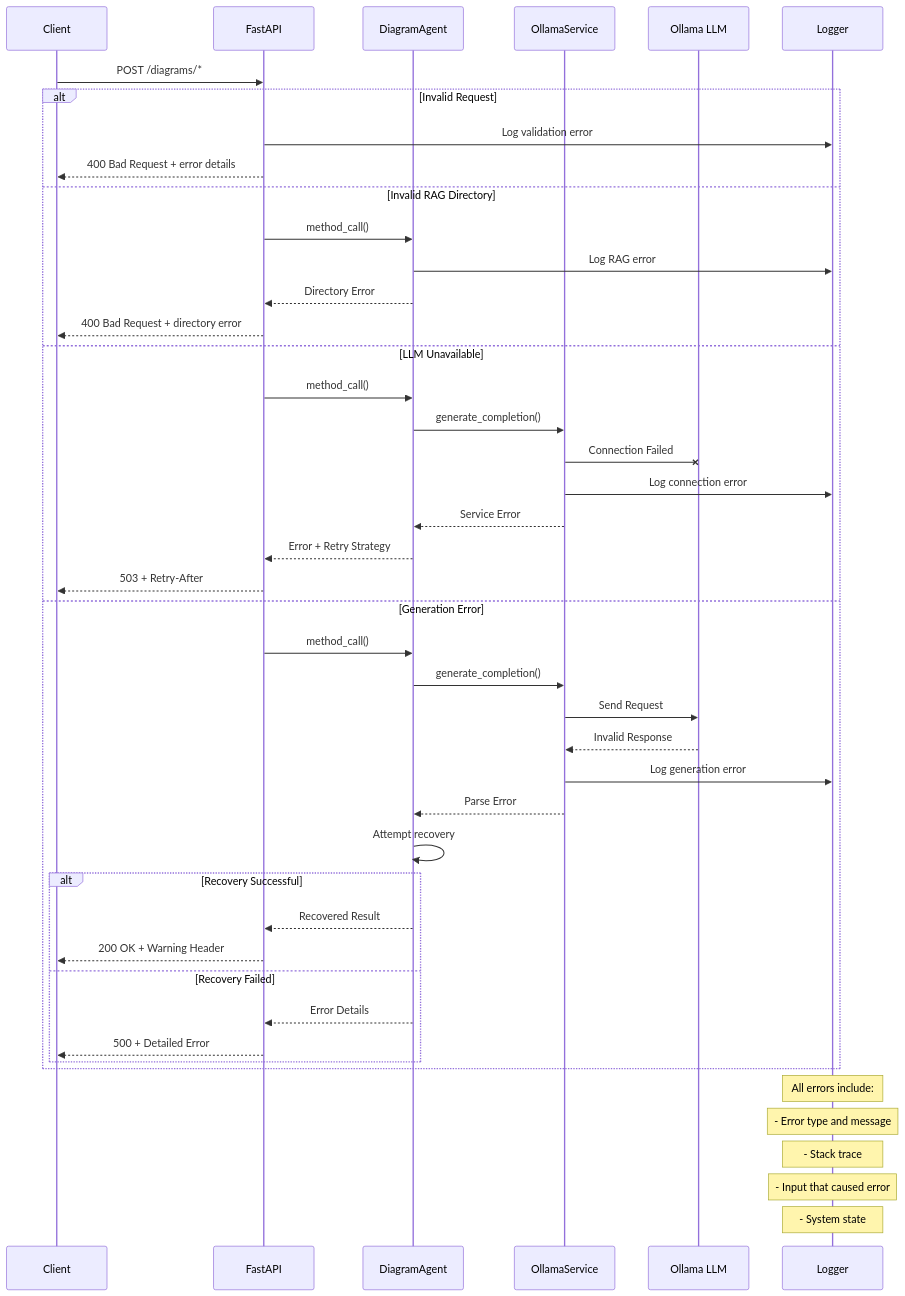
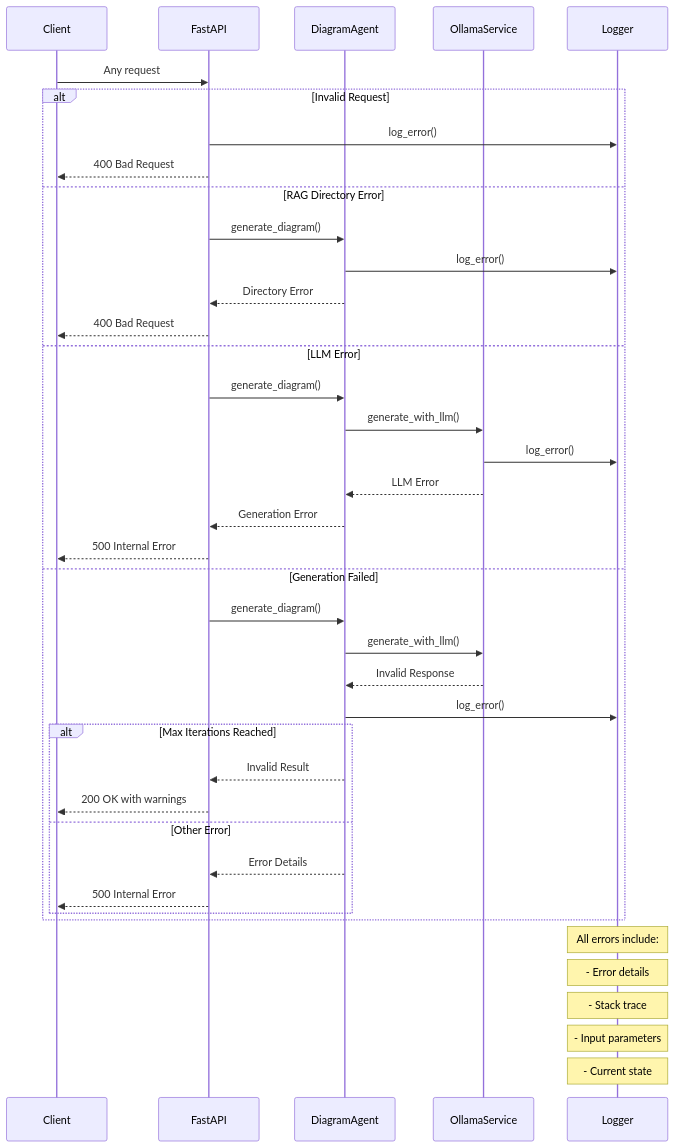
One commit to minimalefforttech/diagram_generator changed the fourth of 4 diagrams in docs/diagrams/sequence-flow.md. Above: the diagram before and after it, drawn with Mermaid. The commit also changed other lines of this file and 14 other files, not shown here.

````diff
--- a/docs/diagrams/sequence-flow.md
+++ b/docs/diagrams/sequence-flow.md
@@ -143,50 +138,49 @@
 ```mermaid
 sequenceDiagram
     participant Client
     participant API as FastAPI
-    participant DA as DiagramAgent
+    participant Agent as DiagramAgent
     participant OS as OllamaService
-    participant LLM as Ollama LLM
     participant Logger
 
-    Client->>API: POST /diagrams/*
+    Client->>API: Any request
     
     alt Invalid Request
-        API->>Logger: Log validation error
-        API-->>Client: 400 Bad Request + error details
-    else Invalid RAG Directory
-        API->>DA: method_call()
-        DA->>Logger: Log RAG error
-        DA-->>API: Directory Error
-        API-->>Client: 400 Bad Request + directory error
-    else LLM Unavailable
-        API->>DA: method_call()
-        DA->>OS: generate_completion()
-        OS-xLLM: Connection Failed
-        OS->>Logger: Log connection error
-        OS-->>DA: Service Error
-        DA-->>API: Error + Retry Strategy
-        API-->>Client: 503 + Retry-After
-    else Generation Error
-        API->>DA: method_call()
-        DA->>OS: generate_completion()
-        OS->>LLM: Send Request
-        LLM-->>OS: Invalid Response
-        OS->>Logger: Log generation error
-        OS-->>DA: Parse Error
-        DA->>DA: Attempt recovery
-        alt Recovery Successful
-            DA-->>API: Recovered Result
-            API-->>Client: 200 OK + Warning Header
-        else Recovery Failed
-            DA-->>API: Error Details
-            API-->>Client: 500 + Detailed Error
+        API->>Logger: log_error()
+        API-->>Client: 400 Bad Request
+        
+    else RAG Directory Error
+        API->>Agent: generate_diagram()
+        Agent->>Logger: log_error()
+        Agent-->>API: Directory Error
+        API-->>Client: 400 Bad Request
+        
+    else LLM Error
+        API->>Agent: generate_diagram()
+        Agent->>OS: generate_with_llm()
+        OS->>Logger: log_error()
+        OS-->>Agent: LLM Error
+        Agent-->>API: Generation Error
+        API-->>Client: 500 Internal Error
+        
+    else Generation Failed
+        API->>Agent: generate_diagram()
+        Agent->>OS: generate_with_llm()
+        OS-->>Agent: Invalid Response
+        Agent->>Logger: log_error()
+        
+        alt Max Iterations Reached
+            Agent-->>API: Invalid Result
+            API-->>Client: 200 OK with warnings
+        else Other Error
+            Agent-->>API: Error Details
+            API-->>Client: 500 Internal Error
         end
     end
 
     Note over Logger: All errors include:
-    Note over Logger: - Error type and message
+    Note over Logger: - Error details
     Note over Logger: - Stack trace
-    Note over Logger: - Input that caused error
-    Note over Logger: - System state
+    Note over Logger: - Input parameters 
+    Note over Logger: - Current state
 ```
````
